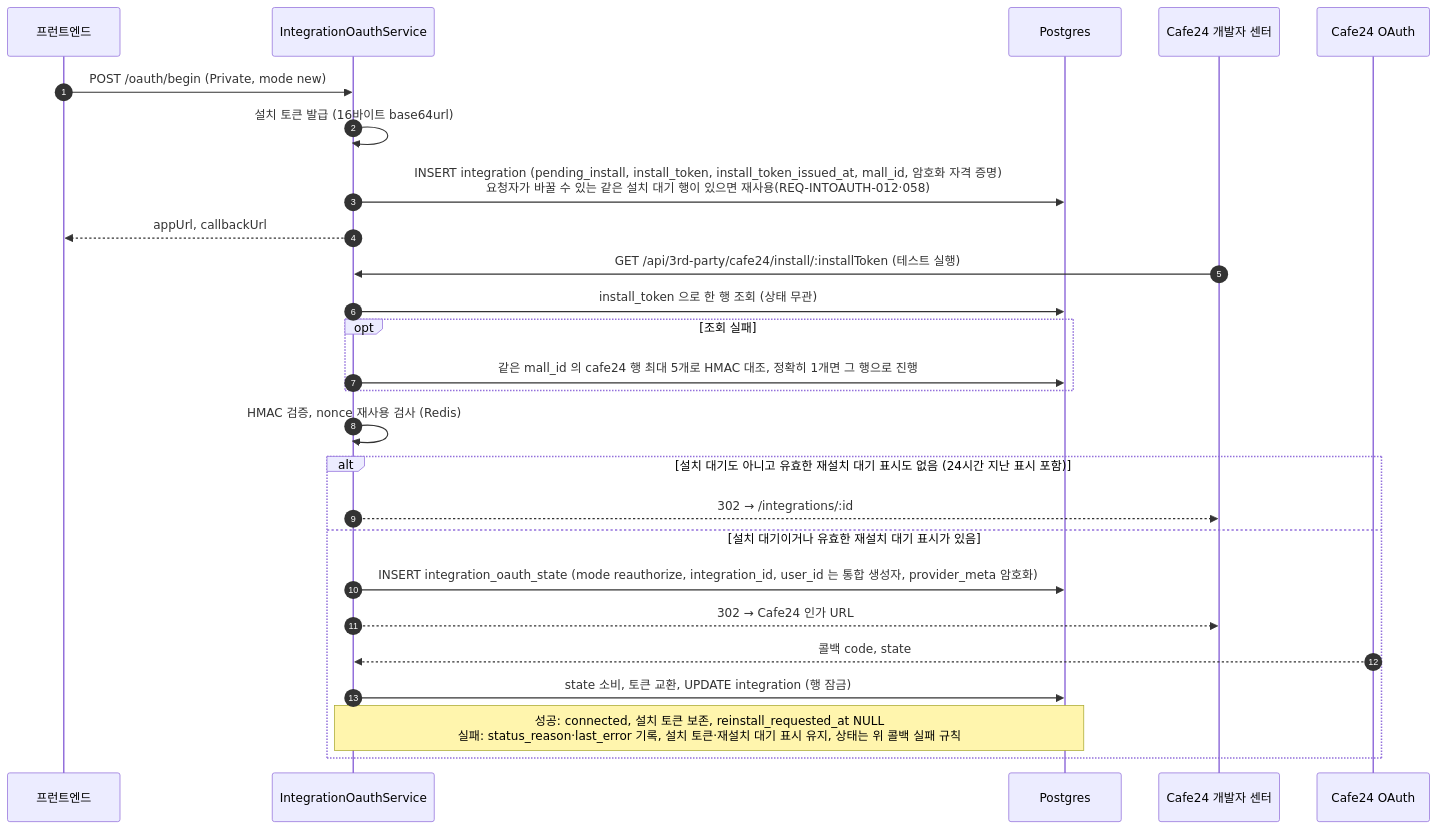
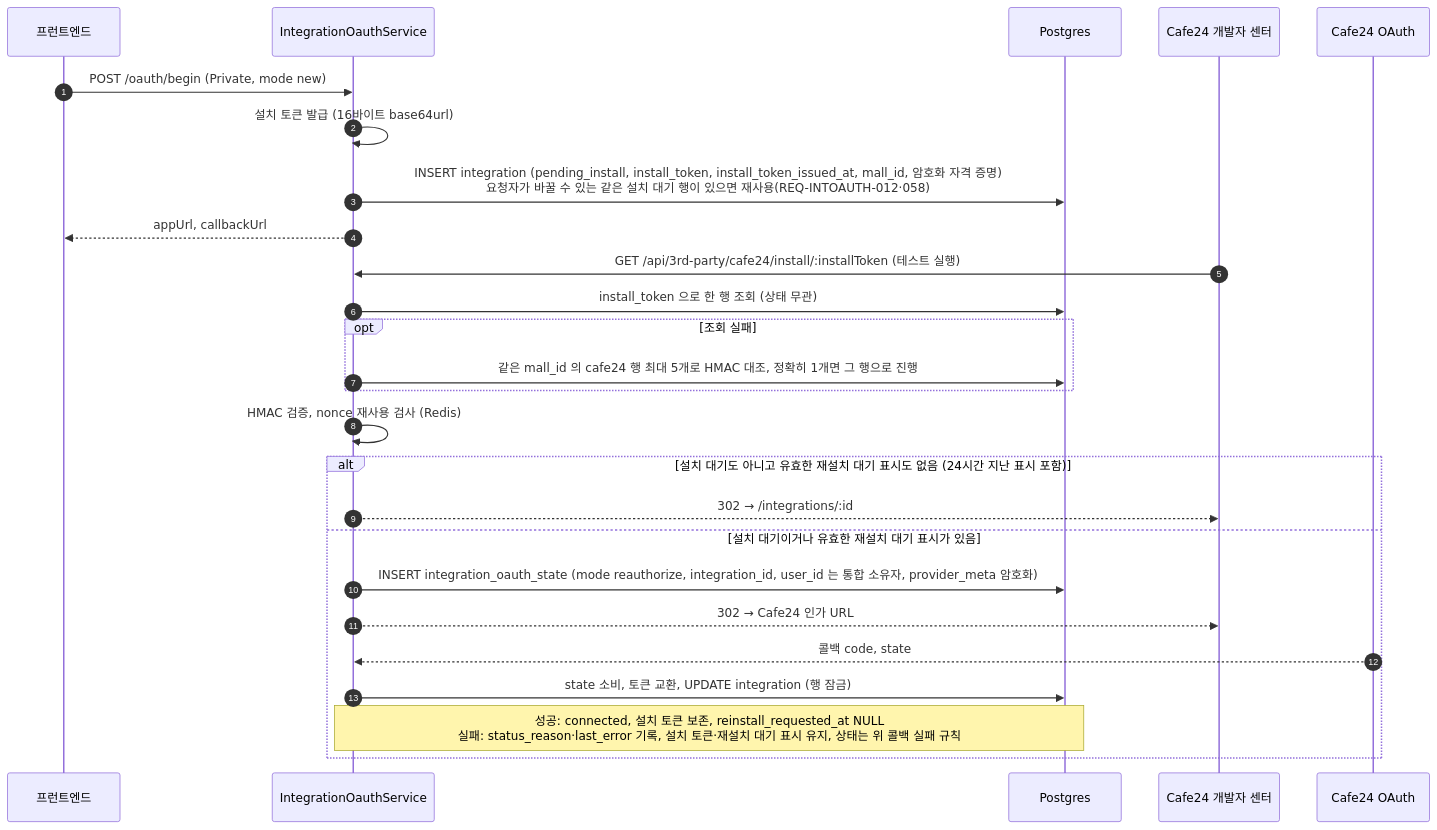
One commit to worker-ants/clemvion changed the fourth of 6 diagrams in spec/CLE-INT/CLE-INT-DATA.md. Above: the diagram before and after it, drawn with Mermaid. The commit also changed other lines of this file and 20 other files, not shown here.

````diff
--- a/spec/CLE-INT/CLE-INT-DATA.md
+++ b/spec/CLE-INT/CLE-INT-DATA.md
@@ -349,28 +349,28 @@
 ```mermaid
 sequenceDiagram
   autonumber
   participant FE as 프런트엔드
   participant Svc as IntegrationOauthService
   participant PG as Postgres
   participant CDev as Cafe24 개발자 센터
   participant Prov as Cafe24 OAuth
   FE->>Svc: POST /oauth/begin (Private, mode new)
   Svc->>Svc: 설치 토큰 발급 (16바이트 base64url)
   Svc->>PG: INSERT integration (pending_install, install_token, install_token_issued_at, mall_id, 암호화 자격 증명)<br/>요청자가 바꿀 수 있는 같은 설치 대기 행이 있으면 재사용(REQ-INTOAUTH-012·058)
   Svc-->>FE: appUrl, callbackUrl
   CDev->>Svc: GET /api/3rd-party/cafe24/install/:installToken (테스트 실행)
   Svc->>PG: install_token 으로 한 행 조회 (상태 무관)
   opt 조회 실패
     Svc->>PG: 같은 mall_id 의 cafe24 행 최대 5개로 HMAC 대조, 정확히 1개면 그 행으로 진행
   end
   Svc->>Svc: HMAC 검증, nonce 재사용 검사 (Redis)
   alt 설치 대기도 아니고 유효한 재설치 대기 표시도 없음 (24시간 지난 표시 포함)
     Svc-->>CDev: 302 → /integrations/:id
   else 설치 대기이거나 유효한 재설치 대기 표시가 있음
-    Svc->>PG: INSERT integration_oauth_state (mode reauthorize, integration_id, user_id 는 통합 생성자, provider_meta 암호화)
+    Svc->>PG: INSERT integration_oauth_state (mode reauthorize, integration_id, user_id 는 통합 소유자, provider_meta 암호화)
     Svc-->>CDev: 302 → Cafe24 인가 URL
     Prov-->>Svc: 콜백 code, state
     Svc->>PG: state 소비, 토큰 교환, UPDATE integration (행 잠금)
     Note over Svc,PG: 성공: connected, 설치 토큰 보존, reinstall_requested_at NULL<br/>실패: status_reason·last_error 기록, 설치 토큰·재설치 대기 표시 유지, 상태는 위 콜백 실패 규칙
   end
 ```
````
